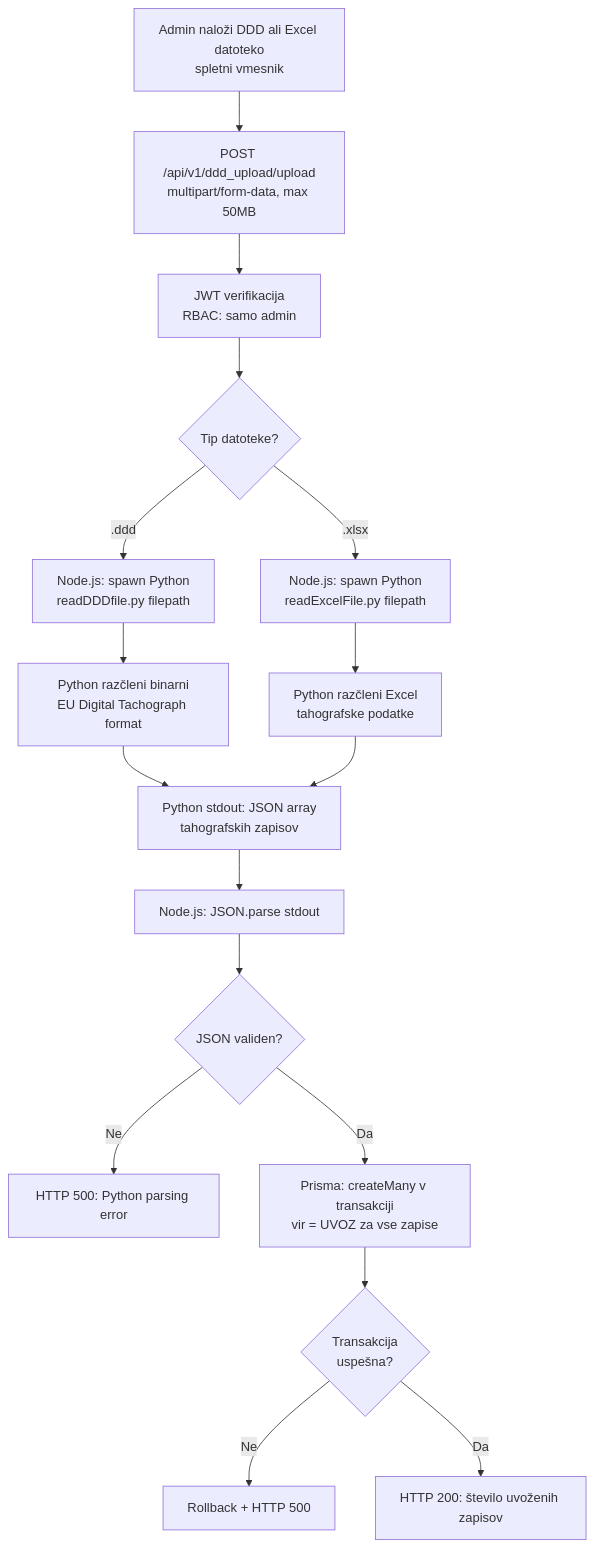
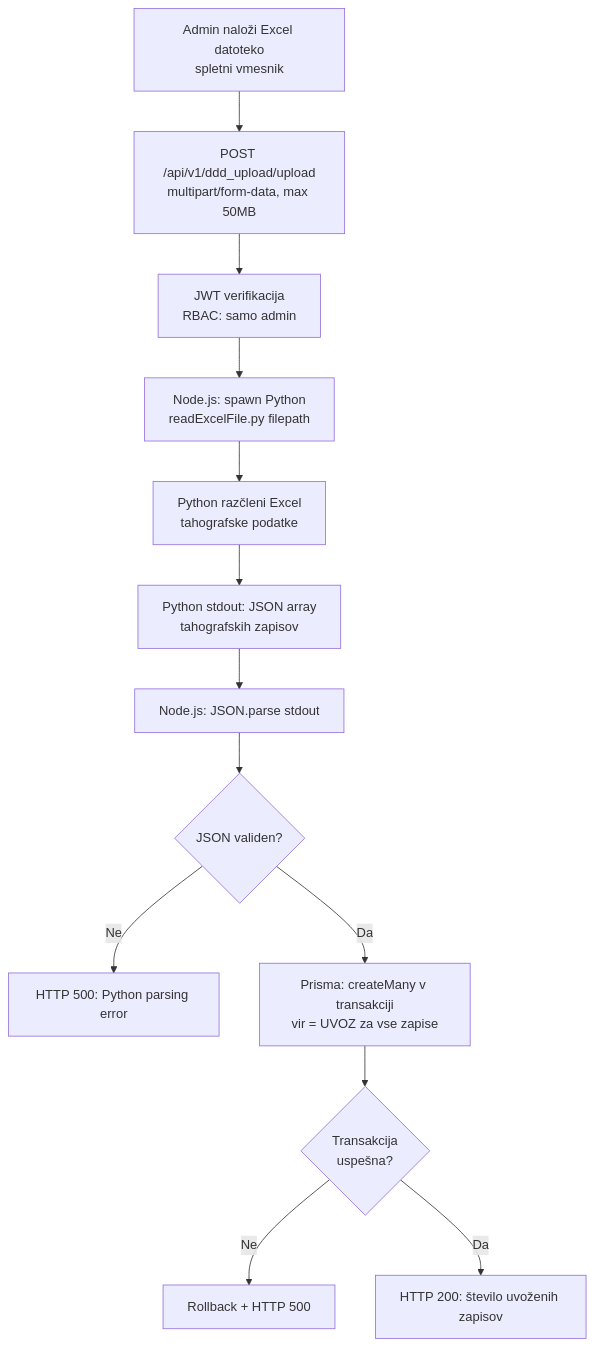
The sixth of 18 diagrams in README.md (Valeri123car/Projekt2026), drawn with Mermaid before and after one commit. The commit also changed other lines of this file and 2 other files, not shown here.

````diff
--- a/README.md
+++ b/README.md
@@ -347,19 +347,15 @@
 ```mermaid
 flowchart TD
-    A[Admin naloži DDD ali Excel datoteko\nspletni vmesnik] --> B[POST /api/v1/ddd_upload/upload\nmultipart/form-data, max 50MB]
+    A[Admin naloži Excel datoteko\nspletni vmesnik] --> B[POST /api/v1/ddd_upload/upload\nmultipart/form-data, max 50MB]
     B --> C[JWT verifikacija\nRBAC: samo admin]
-    C --> D{Tip datoteke?}
-    D -->|.ddd| E[Node.js: spawn Python\nreadDDDfile.py filepath]
-    D -->|.xlsx| F[Node.js: spawn Python\nreadExcelFile.py filepath]
-    E --> G[Python razčleni binarni\nEU Digital Tachograph format]
+    C --> F[Node.js: spawn Python\nreadExcelFile.py filepath]
     F --> H[Python razčleni Excel\ntahografske podatke]
-    G --> I[Python stdout: JSON array\ntahografskih zapisov]
-    H --> I
+    H --> I[Python stdout: JSON array\ntahografskih zapisov]
     I --> J[Node.js: JSON.parse stdout]
     J --> K{JSON validen?}
     K -->|Ne| L[HTTP 500: Python parsing error]
     K -->|Da| M[Prisma: createMany v transakciji\nvir = UVOZ za vse zapise]
     M --> N{Transakcija\nuspešna?}
     N -->|Ne| O[Rollback + HTTP 500]
     N -->|Da| P[HTTP 200: število uvoženih zapisov]
 ```
````
